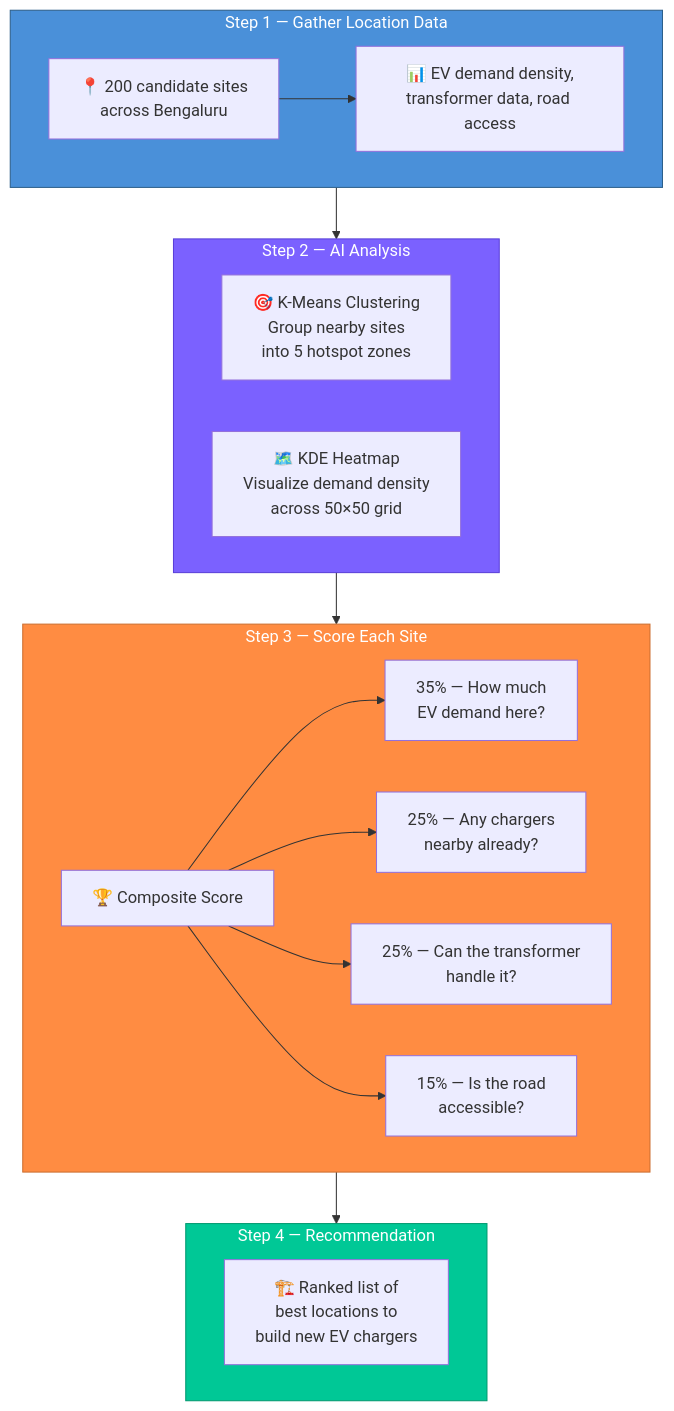
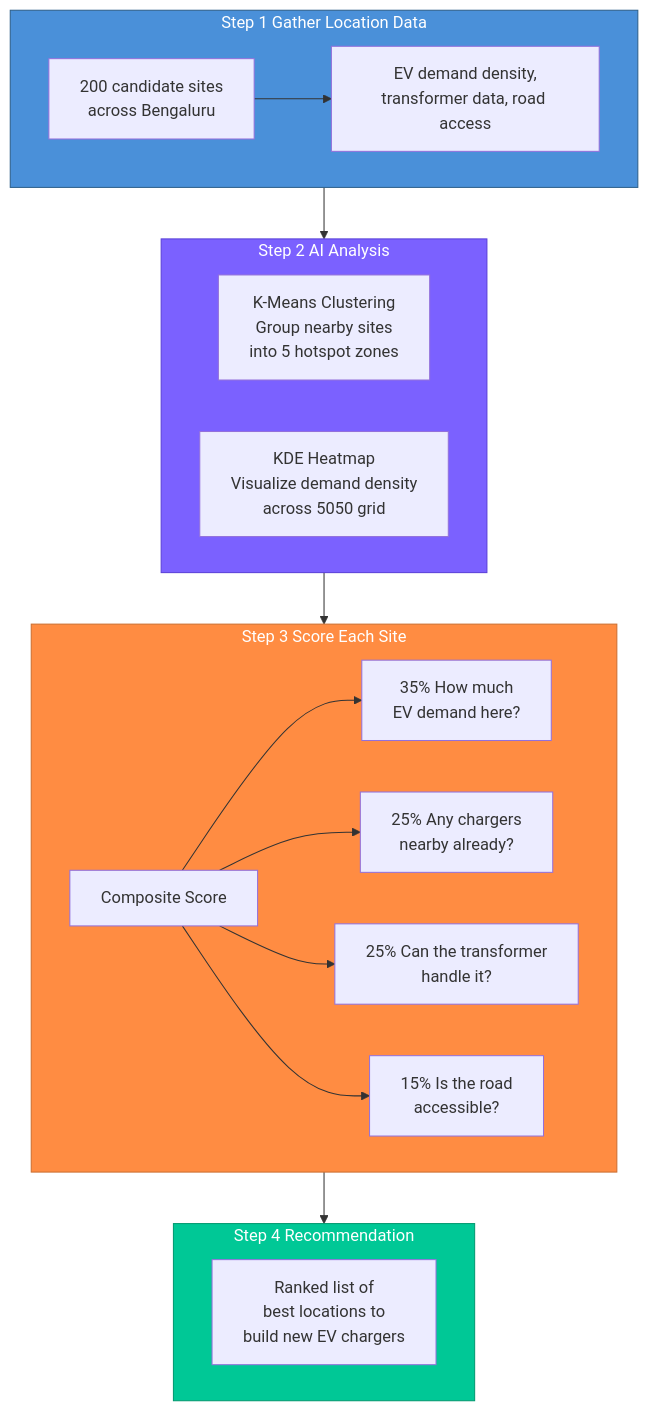
Before and after one commit to AbhimanRajCoder/VOLTARIS-AI: the seventh of 9 diagrams in README.md, drawn with Mermaid. The commit also changed other lines of this file, not shown here.

````diff
--- a/README.md
+++ b/README.md
@@ -779,33 +882,33 @@
 ```mermaid
 flowchart TD
-    subgraph Step1["Step 1 — Gather Location Data"]
-        L1["📍 200 candidate sites\nacross Bengaluru"]
-        L2["📊 EV demand density,\ntransformer data, road access"]
-        L1 --> L2
-    end
+  subgraph Step1["Step 1 Gather Location Data"]
+    L1[" 200 candidate sites\nacross Bengaluru"]
+    L2[" EV demand density,\ntransformer data, road access"]
+    L1 --> L2
+  end
 
-    subgraph Step2["Step 2 — AI Analysis"]
-        direction LR
-        A1["🎯 K-Means Clustering\nGroup nearby sites\ninto 5 hotspot zones"]
-        A2["🗺️ KDE Heatmap\nVisualize demand density\nacross 50×50 grid"]
-    end
+  subgraph Step2["Step 2 AI Analysis"]
+    direction LR
+    A1[" K-Means Clustering\nGroup nearby sites\ninto 5 hotspot zones"]
+    A2[" KDE Heatmap\nVisualize demand density\nacross 5050 grid"]
+  end
 
-    subgraph Step3["Step 3 — Score Each Site"]
-        SC["🏆 Composite Score"]
-        SC --> SC1["35% — How much\nEV demand here?"]
-        SC --> SC2["25% — Any chargers\nnearby already?"]
-        SC --> SC3["25% — Can the transformer\nhandle it?"]
-        SC --> SC4["15% — Is the road\naccessible?"]
-    end
+  subgraph Step3["Step 3 Score Each Site"]
+    SC[" Composite Score"]
+    SC --> SC1["35% How much\nEV demand here?"]
+    SC --> SC2["25% Any chargers\nnearby already?"]
+    SC --> SC3["25% Can the transformer\nhandle it?"]
+    SC --> SC4["15% Is the road\naccessible?"]
+  end
 
-    subgraph Step4["Step 4 — Recommendation"]
-        REC["🏗️ Ranked list of\nbest locations to\nbuild new EV chargers"]
-    end
+  subgraph Step4["Step 4 Recommendation"]
+    REC[" Ranked list of\nbest locations to\nbuild new EV chargers"]
+  end
 
-    Step1 --> Step2 --> Step3 --> Step4
+  Step1 --> Step2 --> Step3 --> Step4
 
-    style Step1 fill:#4A90D9,stroke:#2C5F8A,color:#fff
-    style Step2 fill:#7B61FF,stroke:#5A3FD9,color:#fff
-    style Step3 fill:#FF8C42,stroke:#CC6E30,color:#fff
-    style Step4 fill:#00C896,stroke:#009970,color:#fff
+  style Step1 fill:#4A90D9,stroke:#2C5F8A,color:#fff
+  style Step2 fill:#7B61FF,stroke:#5A3FD9,color:#fff
+  style Step3 fill:#FF8C42,stroke:#CC6E30,color:#fff
+  style Step4 fill:#00C896,stroke:#009970,color:#fff
 ```
````
